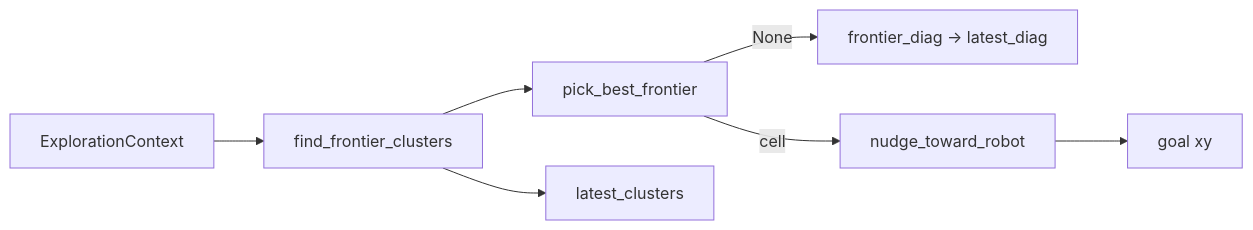
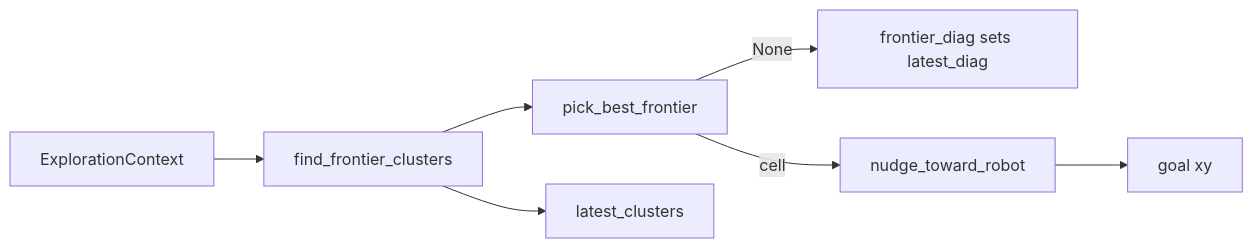
The diagram in 01-literate/08-frontier_algorithm.md (Boston-Robot-Hackers/dome_nav), drawn with Mermaid before and after one commit. The commit also changed 8 other files, not shown here.

First line of the commit message:
docs(literate): fix mermaid syntax across all diagrams

````diff
--- a/01-literate/08-frontier_algorithm.md
+++ b/01-literate/08-frontier_algorithm.md
@@ -82,9 +82,9 @@
 ```mermaid
 flowchart LR
-    CTX[ExplorationContext] --> FC[find_frontier_clusters]
-    FC --> PBF[pick_best_frontier]
-    PBF -->|None| DIAG[frontier_diag → latest_diag]
-    PBF -->|cell| NUDGE[nudge_toward_robot]
-    NUDGE --> GOAL[goal xy]
-    FC --> LC[latest_clusters]
+    CTX["ExplorationContext"] --> FC["find_frontier_clusters"]
+    FC --> PBF["pick_best_frontier"]
+    PBF -->|None| DIAG["frontier_diag sets latest_diag"]
+    PBF -->|cell| NUDGE["nudge_toward_robot"]
+    NUDGE --> GOAL["goal xy"]
+    FC --> LC["latest_clusters"]
 ```
````
